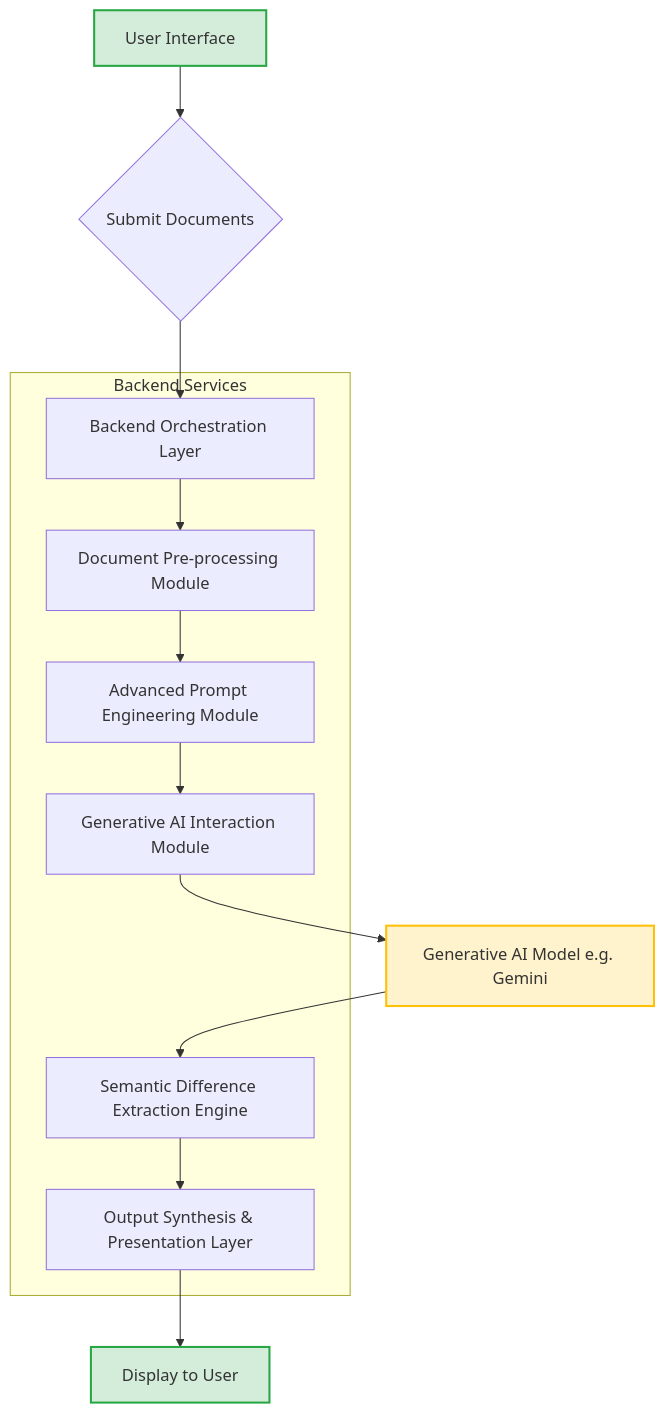
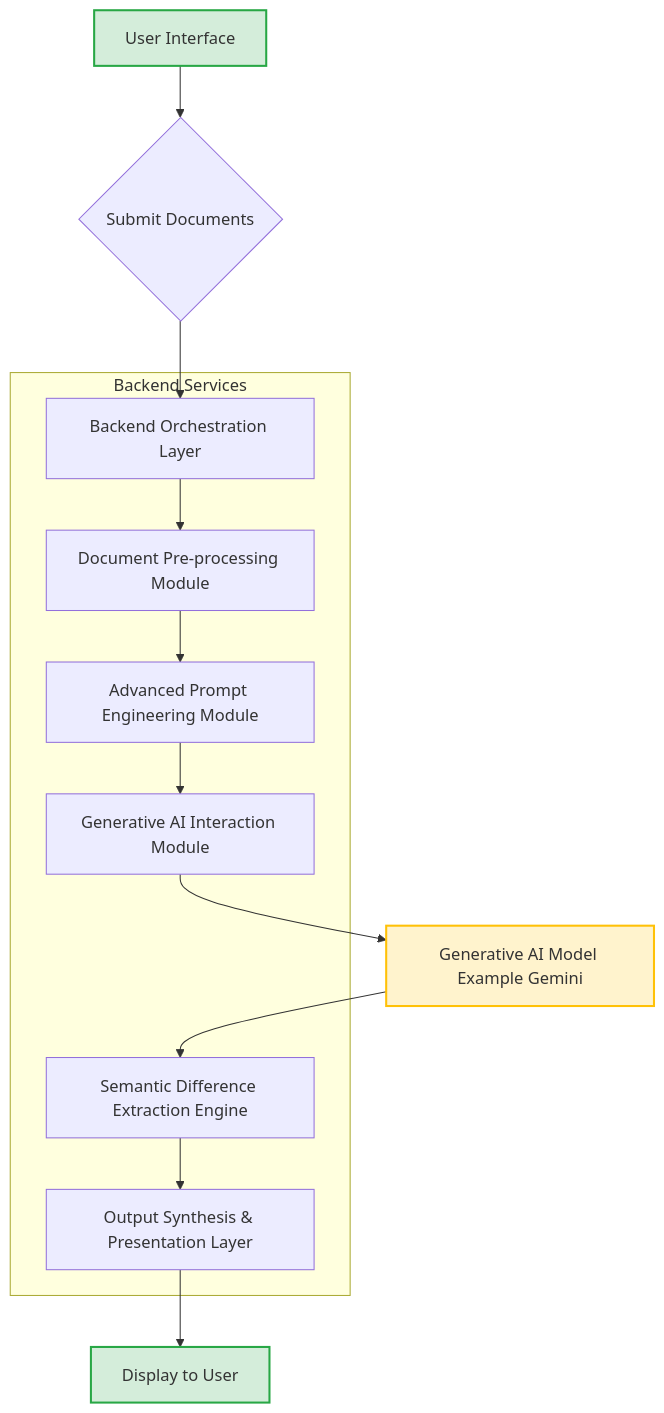
Before and after one commit to diplomat-bit/Citibank_Demo_Business_Inc_Demonstration-: the first of 3 diagrams in inventions/021_ai_legal_document_comparison.md, drawn with Mermaid. The commit also changed other lines of this file, not shown here.

````diff
--- a/inventions/021_ai_legal_document_comparison.md
+++ b/inventions/021_ai_legal_document_comparison.md
@@ -16,25 +16,25 @@
 ```mermaid
 graph TD
     A[User Interface] --> B{Submit Documents}
     B --> C[Backend Orchestration Layer]
     C --> D[Document Pre-processing Module]
     D --> E[Advanced Prompt Engineering Module]
     E --> F[Generative AI Interaction Module]
-    F --> G[Generative AI Model e.g. Gemini]
+    F --> G[Generative AI Model Example Gemini]
     G --> H[Semantic Difference Extraction Engine]
     H --> I[Output Synthesis & Presentation Layer]
     I --> J[Display to User]
 
     subgraph Backend Services
         C
         D
         E
         F
         H
         I
     end
 
     style A fill:#D4EDDA,stroke:#28A745,stroke-width:2px;
     style J fill:#D4EDDA,stroke:#28A745,stroke-width:2px;
     style G fill:#FFF3CD,stroke:#FFC107,stroke-width:2px;
 ```
````
